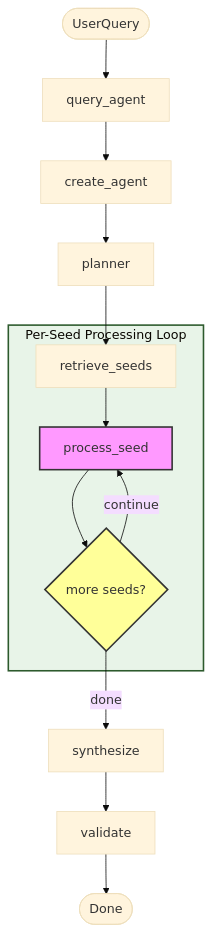
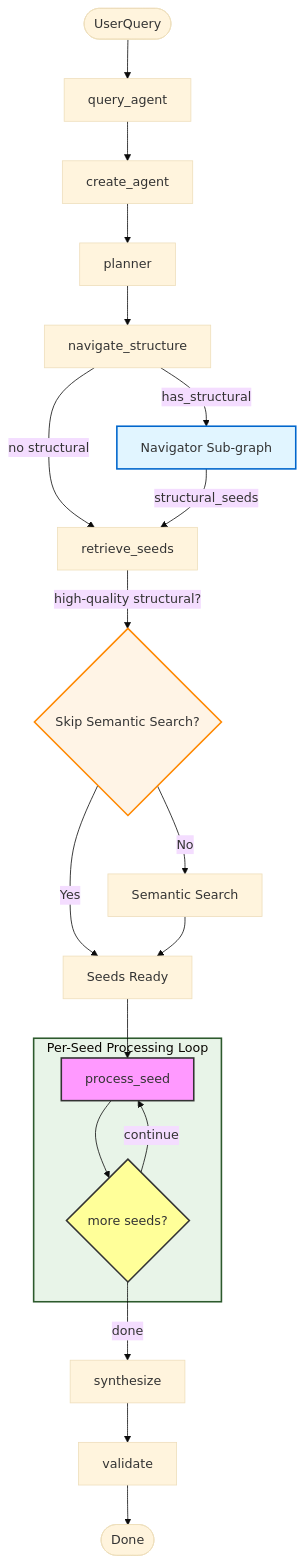
One commit to MuhammadAli13562/ExRAG changed the first of 3 diagrams in retrieval/agent_flowchart.md. Above: the diagram before and after it, drawn with Mermaid (base theme). The commit also changed other lines of this file and 3 other files, not shown here.

Commit message:
Revamped the navigator sub-agent now working perfect

````diff
--- a/retrieval/agent_flowchart.md
+++ b/retrieval/agent_flowchart.md
@@ -8,21 +8,33 @@
 ```mermaid
 flowchart TD
     Start([UserQuery]) --> QueryAgent[query_agent]
     QueryAgent --> CreateAgent[create_agent]
     CreateAgent --> Planner[planner]
-    Planner --> Retrieve[retrieve_seeds]
-
+    Planner --> Navigate[navigate_structure]
+    
+    Navigate -->|has_structural| NavigatorSubgraph[Navigator Sub-graph]
+    Navigate -->|no structural| Retrieve[retrieve_seeds]
+    NavigatorSubgraph -->|structural_seeds| Retrieve
+    
+    Retrieve -->|high-quality structural?| SkipSemantic{Skip Semantic Search?}
+    SkipSemantic -->|Yes| SeedsReady[Seeds Ready]
+    SkipSemantic -->|No| SemanticSearch[Semantic Search]
+    SemanticSearch --> SeedsReady
+    
+    SeedsReady --> ProcessSeed[process_seed]
+    
     subgraph SeedLoop["Per-Seed Processing Loop"]
-        Retrieve --> ProcessSeed[process_seed]
         ProcessSeed --> Route{more seeds?}
         Route -->|continue| ProcessSeed
     end
-
+    
     Route -->|done| Synthesize[synthesize]
     Synthesize --> Validate[validate]
     Validate --> DoneNode([Done])
-
+    
+    style NavigatorSubgraph fill:#e1f5ff,stroke:#0066cc,stroke-width:2px
     style SeedLoop fill:#e8f4e8,stroke:#2d5a2d,stroke-width:2px
     style ProcessSeed fill:#f9f,stroke:#333,stroke-width:2px
     style Route fill:#ff9,stroke:#333,stroke-width:2px
+    style SkipSemantic fill:#fff4e6,stroke:#ff8800,stroke-width:2px
 ```
````
